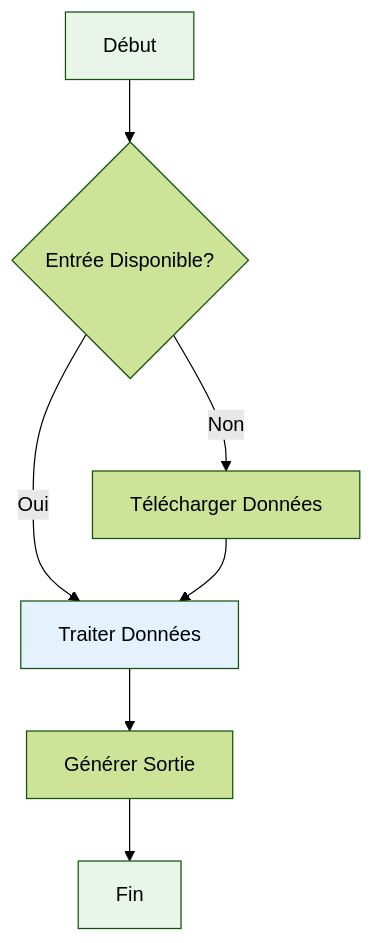
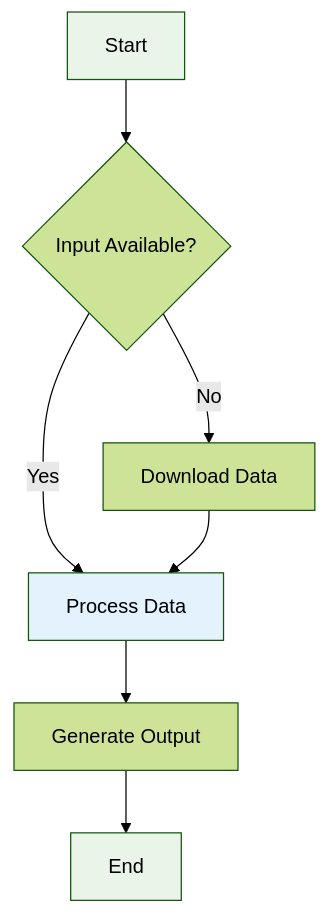
The first of 12 diagrams in website/i18n/fr/docusaurus-plugin-content-docs/current/mermaid-reference.md (sducournau/IGN_LIDAR_HD_DATASET), drawn with Mermaid (forest theme) before and after one commit. The commit also changed other lines of this file and 30 other files, not shown here.

````diff
--- a/website/i18n/fr/docusaurus-plugin-content-docs/current/mermaid-reference.md
+++ b/website/i18n/fr/docusaurus-plugin-content-docs/current/mermaid-reference.md
@@ -13,13 +21,13 @@
 ```mermaid
 flowchart TD
-    A[Début] --> B{Entrée Disponible?}
-    B -->|Oui| C[Traiter Données]
-    B -->|Non| D[Télécharger Données]
+    A[Start] --> B{Input Available?}
+    B -->|Yes| C[Process Data]
+    B -->|No| D[Download Data]
     D --> C
-    C --> E[Générer Sortie]
-    E --> F[Fin]
+    C --> E[Generate Output]
+    E --> F[End]
 
     style A fill:#e8f5e8
     style F fill:#e8f5e8
     style C fill:#e3f2fd
 ```
````
